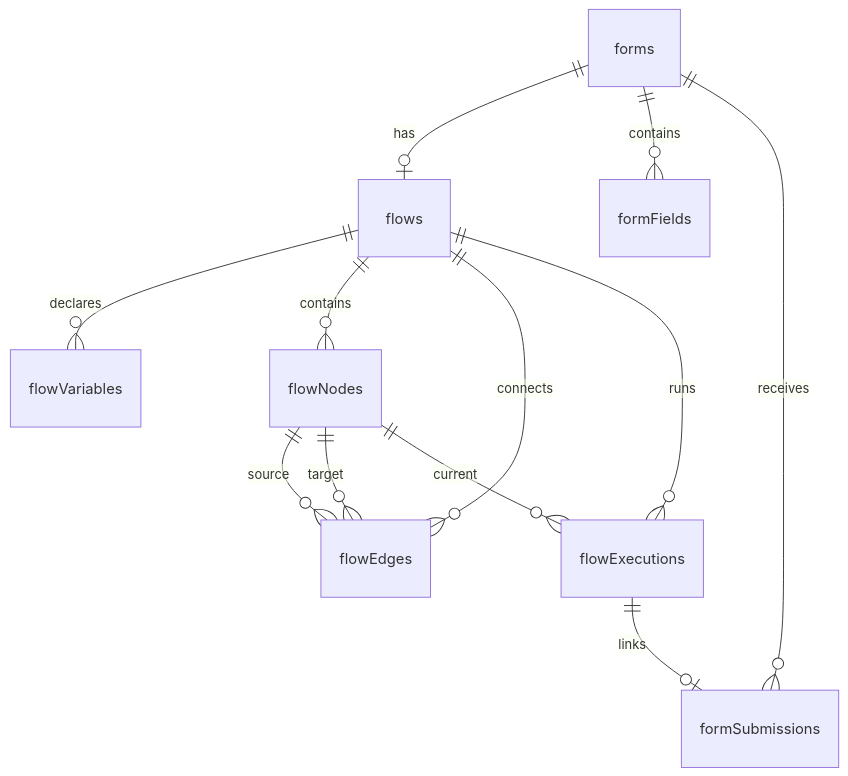
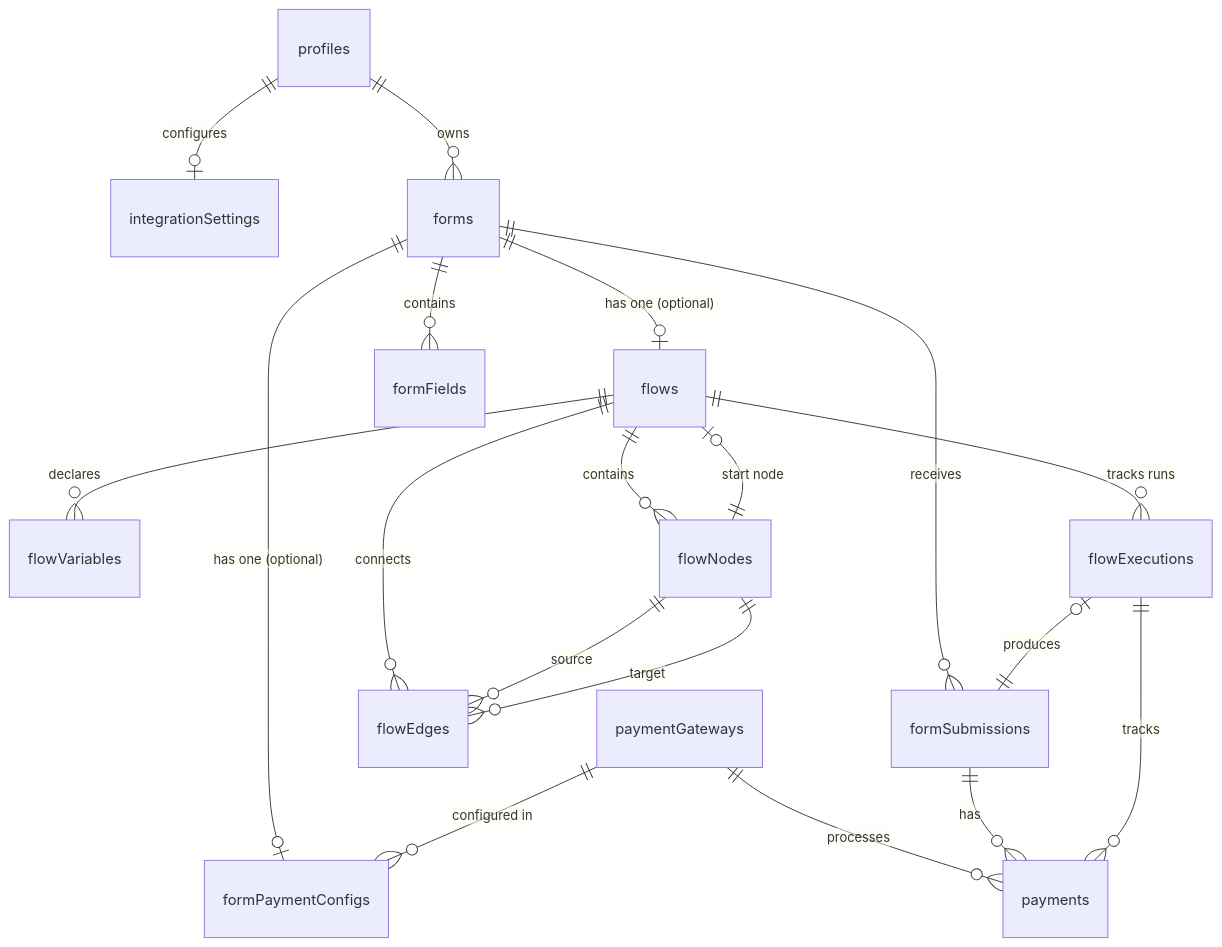
The diagram in docs/flow-builder-guide.md (zafajardo9/ponko-form), drawn with Mermaid before and after one commit. The commit also changed other lines of this file and 18 other files, not shown here.

````diff
--- a/docs/flow-builder-guide.md
+++ b/docs/flow-builder-guide.md
@@ -412,17 +403,21 @@
 ```mermaid
 erDiagram
-    forms ||--o| flows : has
-    forms ||--o{ formFields : contains
-    forms ||--o{ formSubmissions : receives
-
-    flows ||--o{ flowVariables : declares
-    flows ||--o{ flowNodes : contains
-    flows ||--o{ flowEdges : connects
-    flows ||--o{ flowExecutions : runs
-
-    flowNodes ||--o{ flowEdges : source
-    flowNodes ||--o{ flowEdges : target
-    flowNodes ||--o{ flowExecutions : current
-
-    flowExecutions ||--o| formSubmissions : links
+    profiles ||--o| integrationSettings : "configures"
+    profiles ||--o{ forms : "owns"
+    forms ||--o| flows : "has one (optional)"
+    forms ||--o{ formFields : "contains"
+    forms ||--o{ formSubmissions : "receives"
+    forms ||--o| formPaymentConfigs : "has one (optional)"
+    flows ||--o{ flowVariables : "declares"
+    flows ||--o{ flowNodes : "contains"
+    flows ||--o{ flowEdges : "connects"
+    flows ||--o{ flowExecutions : "tracks runs"
+    flowNodes ||--o{ flowEdges : "source"
+    flowNodes ||--o{ flowEdges : "target"
+    flows |o--|| flowNodes : "start node"
+    paymentGateways ||--o{ formPaymentConfigs : "configured in"
+    paymentGateways ||--o{ payments : "processes"
+    formSubmissions ||--o{ payments : "has"
+    flowExecutions ||--o{ payments : "tracks"
+    flowExecutions |o--|| formSubmissions : "produces"
 ```
````
